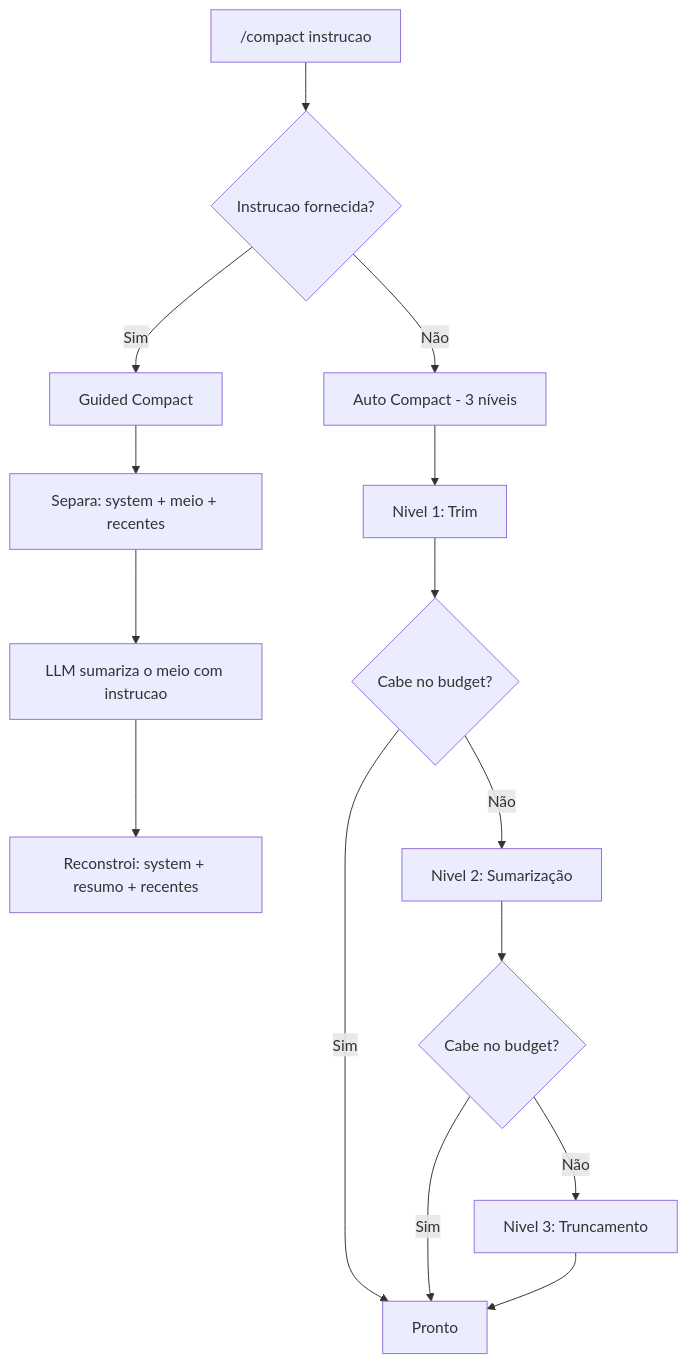
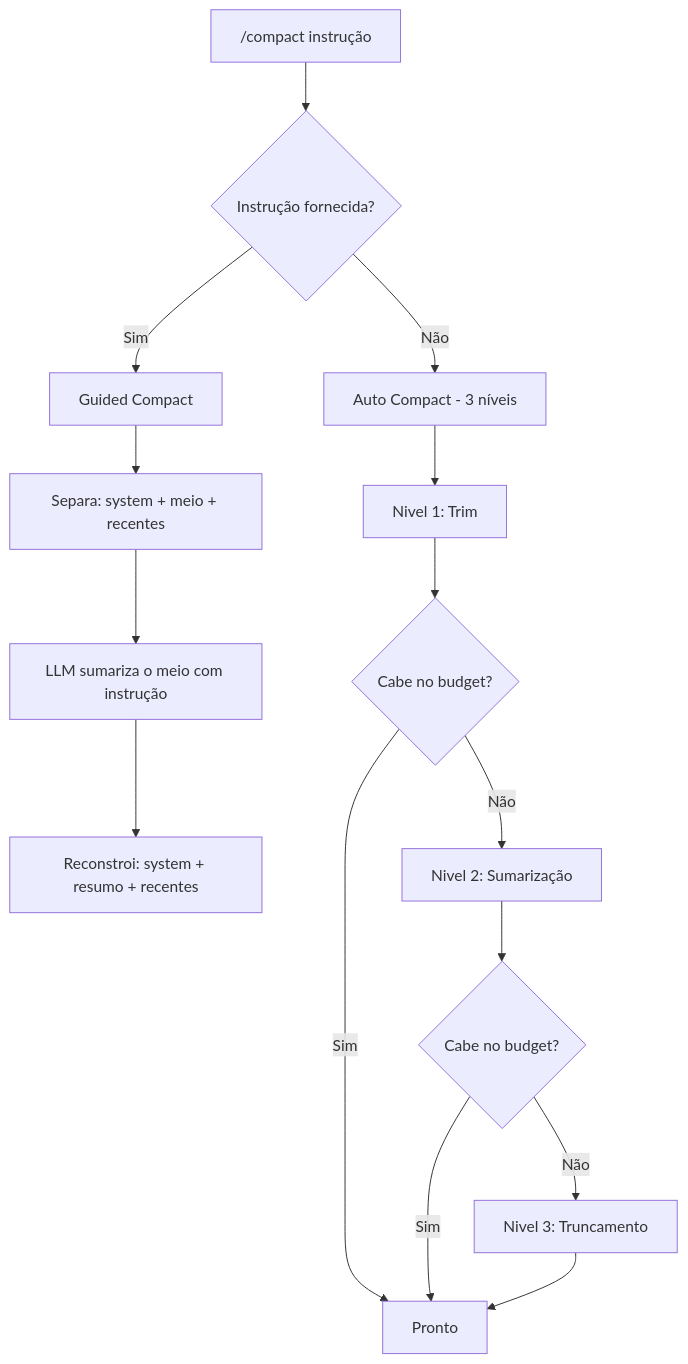
One commit to diillson/chatcli.ai changed the diagram in features/conversation-control.mdx. Above: the diagram before and after it, drawn with Mermaid. The commit also changed other lines of this file and 97 other files, not shown here.

````diff
--- a/features/conversation-control.mdx
+++ b/features/conversation-control.mdx
@@ -49,19 +49,19 @@
 ```mermaid
 flowchart TD
-    A["/compact instrucao"] --> B{Instrucao fornecida?}
+    A["/compact instrução"] --> B{Instrução fornecida?}
     B -->|Sim| C[Guided Compact]
     B -->|Não| D[Auto Compact - 3 níveis]
 
     C --> E[Separa: system + meio + recentes]
-    E --> F[LLM sumariza o meio com instrucao]
+    E --> F[LLM sumariza o meio com instrução]
     F --> G[Reconstroi: system + resumo + recentes]
 
     D --> H[Nivel 1: Trim]
     H --> I{Cabe no budget?}
     I -->|Sim| J[Pronto]
     I -->|Não| K[Nivel 2: Sumarização]
     K --> L{Cabe no budget?}
     L -->|Sim| J
     L -->|Não| M[Nivel 3: Truncamento]
     M --> J
 ```
````
